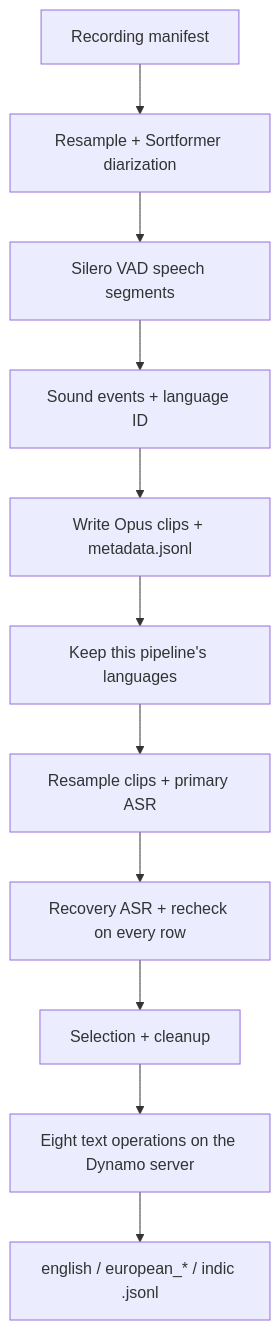
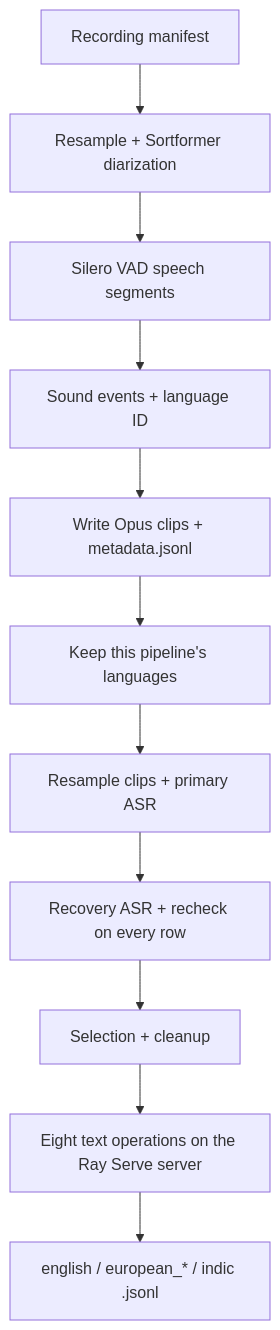
Before and after one commit to NVIDIA-NeMo/Curator: the diagram in tutorials/audio/granary_v2/full_pipeline/README.md, drawn with Mermaid. The commit also changed other lines of this file and 4 other files, not shown here.

Commit message:
Full pipeline: run the text model on Ray Serve (Indic stays on Dynamo: its image has no vLLM)

````diff
--- a/tutorials/audio/granary_v2/full_pipeline/README.md
+++ b/tutorials/audio/granary_v2/full_pipeline/README.md
@@ -20,13 +20,13 @@
 ```mermaid
 flowchart TD
     A[Recording manifest] --> B[Resample + Sortformer diarization]
     B --> C[Silero VAD speech segments]
     C --> D[Sound events + language ID]
     D --> E[Write Opus clips + metadata.jsonl]
     E --> F[Keep this pipeline's languages]
     F --> G[Resample clips + primary ASR]
     G --> R[Recovery ASR + recheck on every row]
     R --> H[Selection + cleanup]
-    H --> I[Eight text operations on the Dynamo server]
+    H --> I[Eight text operations on the Ray Serve server]
     I --> L[english / european_* / indic .jsonl]
 ```
````
